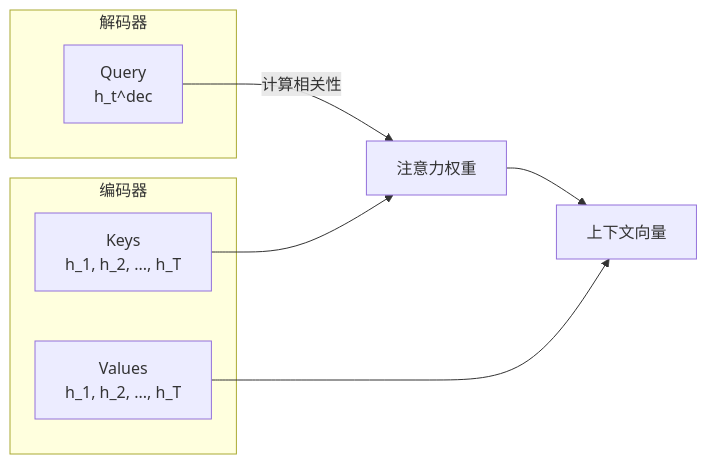
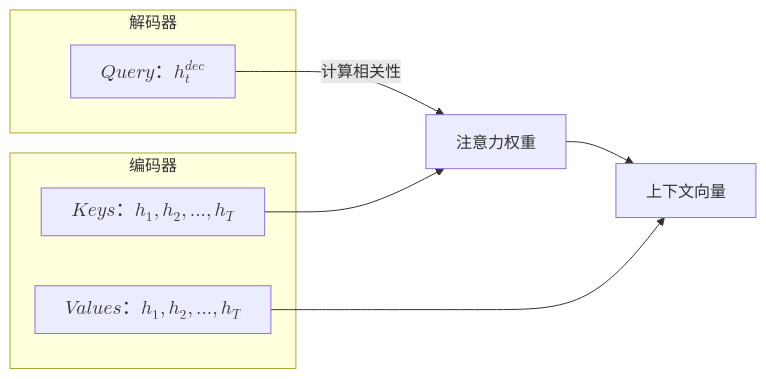
Before and after one commit to fenixsoft/dmla: the second of 4 diagrams in docs/language-models/architecture-basics/transformer-architecture.md, drawn with Mermaid. The commit also changed other lines of this file and 23 other files, not shown here.

````diff
--- a/docs/language-models/architecture-basics/transformer-architecture.md
+++ b/docs/language-models/architecture-basics/transformer-architecture.md
@@ -49,16 +59,16 @@
-```mermaid
+```mermaid compact
 graph LR
     subgraph 解码器
-        Q["Query<br/>h_t^dec"]
+        Q["$$Query：h_t^{dec}$$"]
     end
     
     subgraph 编码器
-        K["Keys<br/>h_1, h_2, ..., h_T"]
-        V["Values<br/>h_1, h_2, ..., h_T"]
+        K["$$Keys：h_1, h_2, ..., h_T$$"]
+        V["$$Values：h_1, h_2, ..., h_T$$"]
     end
     
     Q -->|"计算相关性"| ATT["注意力权重"]
     K --> ATT
     ATT --> CTX["上下文向量"]
     V --> CTX
 ```
````
